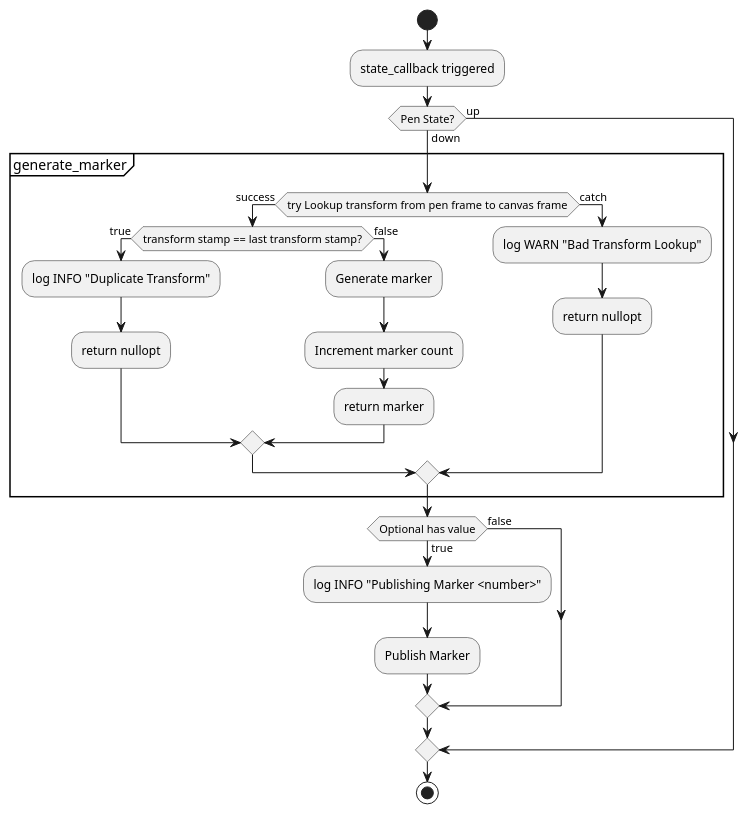
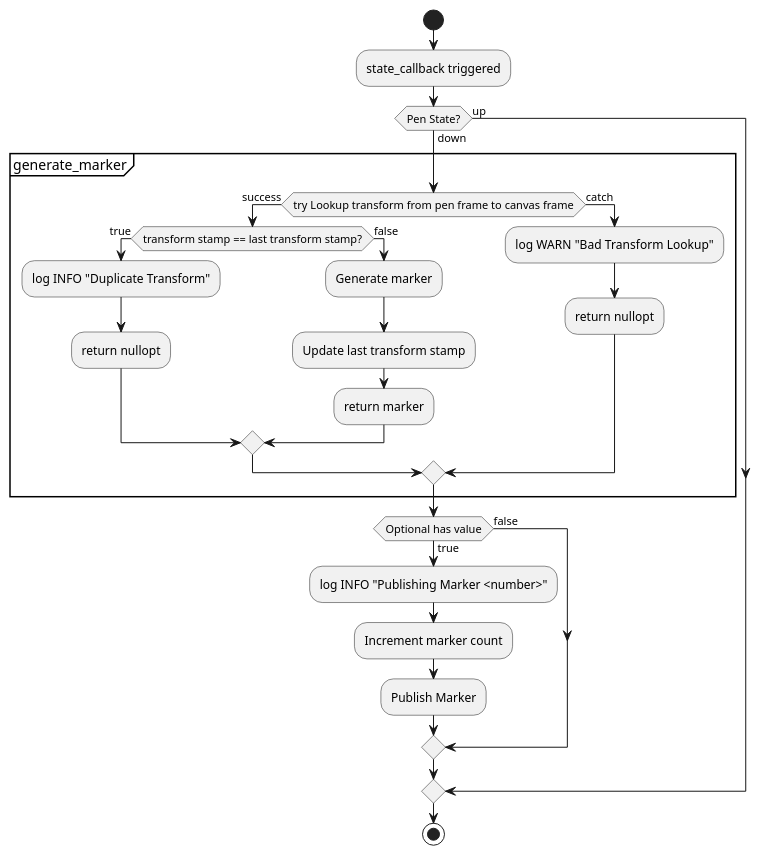
The second of 2 diagrams in docs/puml/pen_visualizer.puml (zbrotherton/RRC-RAI-ROS2), drawn with PlantUML before and after one commit. The commit also changed other lines of this file and 4 other files, not shown here.

```diff
--- a/docs/puml/pen_visualizer.puml
+++ b/docs/puml/pen_visualizer.puml
@@ -34,28 +30,29 @@
 @startuml PenVisualizerActivity
 start
 :state_callback triggered;
 if (Pen State?) then (down)
     partition "generate_marker" {
         if (try Lookup transform from pen frame to canvas frame) then (success)
             if (transform stamp == last transform stamp?) then (true)
                 :log INFO "Duplicate Transform";
                 :return nullopt;
             else(false)
                 :Generate marker;
-                :Increment marker count;
+                :Update last transform stamp;
                 :return marker;
             endif
         else (catch)
             :log WARN "Bad Transform Lookup";
             :return nullopt;
         endif
     }
     if (Optional has value) then (true)
         :log INFO "Publishing Marker <number>";
+        :Increment marker count;
         :Publish Marker;
     else (false)
     endif
 else (up)
 endif
 stop
 @enduml
```
